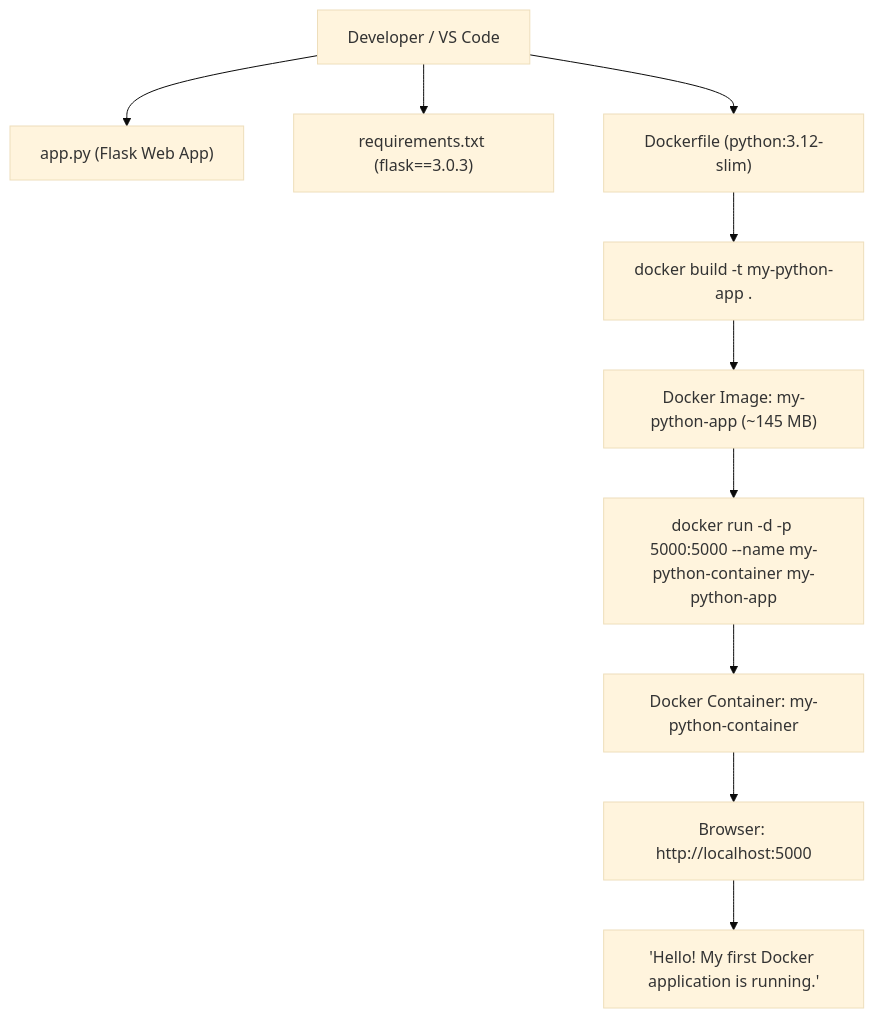
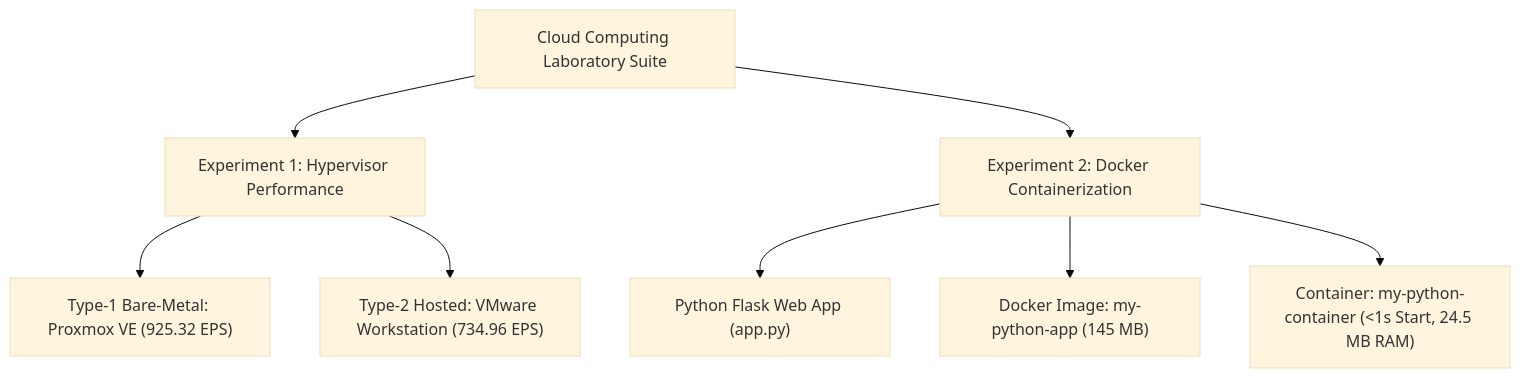
One commit to chhavi-2006/cloud_computing- changed the diagram in README.md. Above: the diagram before and after it, drawn with Mermaid (base theme). The commit also changed other lines of this file and 2 other files, not shown here.

Commit message:
Organize documentation into separate dedicated README files: HYPERVISOR_README.md for Exp 1 and docker-python-app/README.md for Exp 2 with root README.md acting as a clean index hub

````diff
--- a/README.md
+++ b/README.md
@@ -119,17 +22,14 @@
 ```mermaid
 graph TD
-    Developer["Developer / VS Code"]
+    CloudLab["Cloud Computing Laboratory Suite"]
     
-    Developer --> AppPy["app.py (Flask Web App)"]
-    Developer --> ReqTxt["requirements.txt (flask==3.0.3)"]
-    Developer --> DFile["Dockerfile (python:3.12-slim)"]
+    CloudLab --> Exp1["Experiment 1: Hypervisor Performance"]
+    CloudLab --> Exp2["Experiment 2: Docker Containerization"]
     
-    DFile --> Build["docker build -t my-python-app ."]
-    Build --> Image["Docker Image: my-python-app (~145 MB)"]
+    Exp1 --> Type1["Type-1 Bare-Metal: Proxmox VE (925.32 EPS)"]
+    Exp1 --> Type2["Type-2 Hosted: VMware Workstation (734.96 EPS)"]
     
-    Image --> Run["docker run -d -p 5000:5000 --name my-python-container my-python-app"]
-    Run --> Container["Docker Container: my-python-container"]
-    
-    Container --> Browser["Browser: http://localhost:5000"]
-    Browser --> Response["'Hello! My first Docker application is running.'"]
+    Exp2 --> App["Python Flask Web App (app.py)"]
+    Exp2 --> Image["Docker Image: my-python-app (145 MB)"]
+    Exp2 --> Container["Container: my-python-container (<1s Start, 24.5 MB RAM)"]
 ```
````
